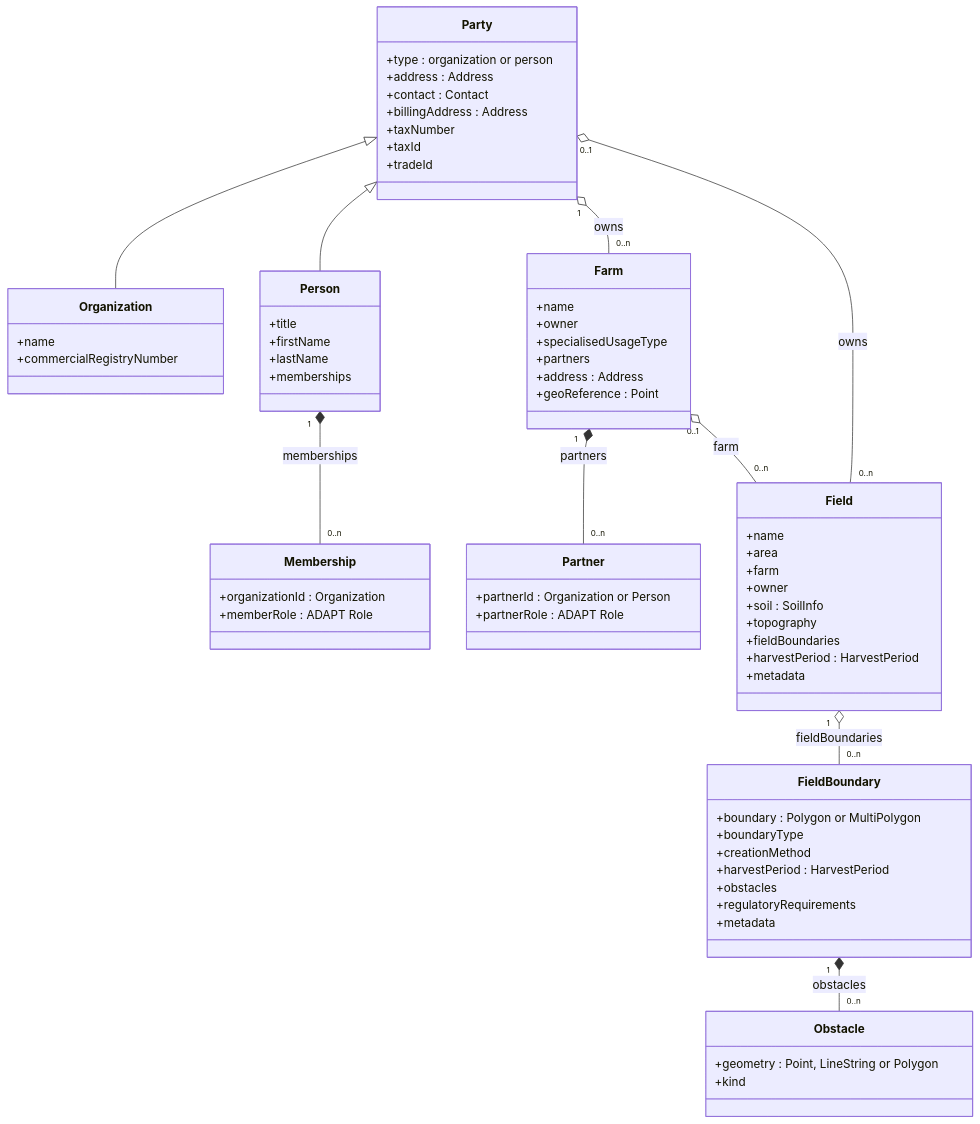
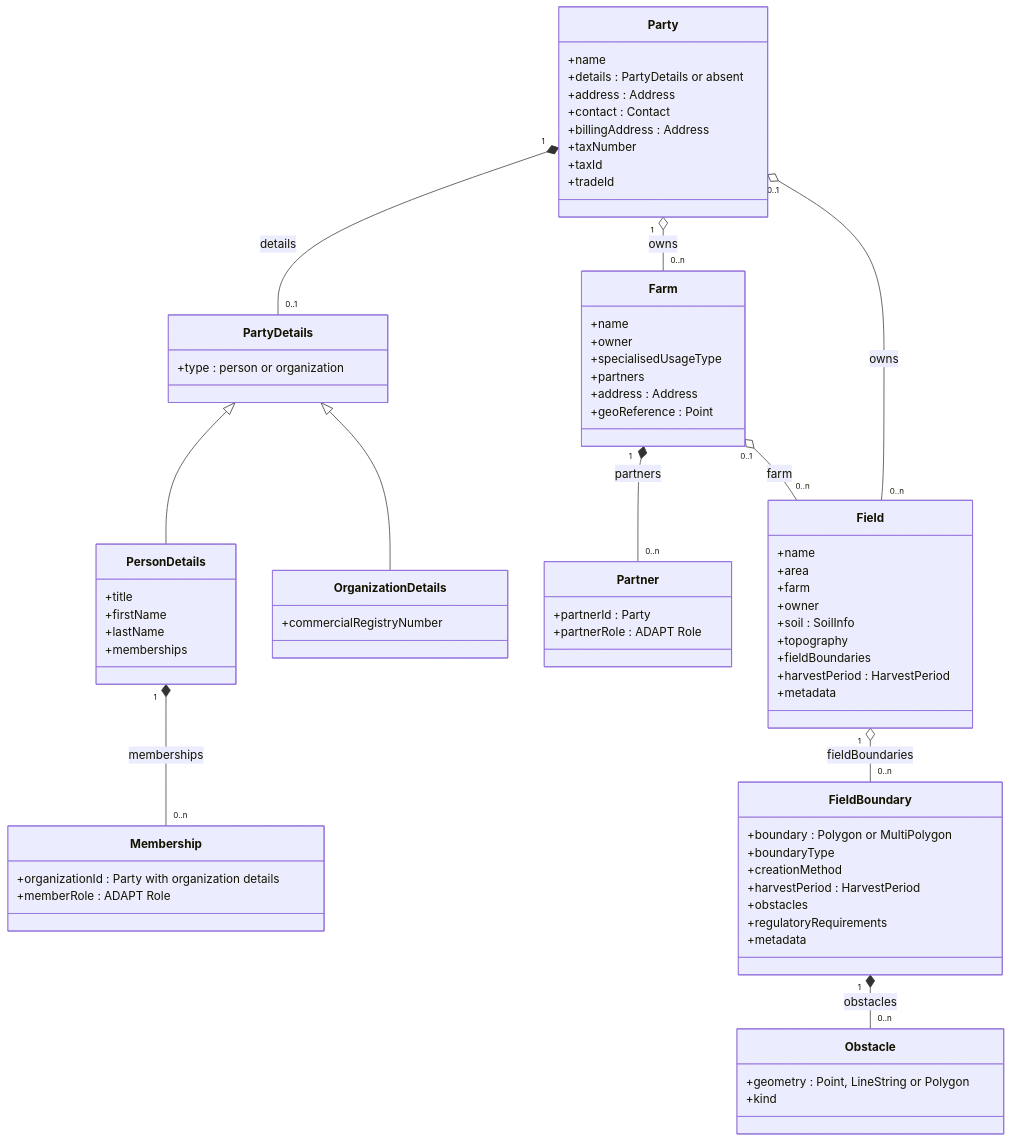
Before and after one commit to DKE-Data/masterdata-sync-working-group: the first of 2 diagrams in architecture/11-entity-model.md, drawn with Mermaid. The commit also changed other lines of this file and 8 other files, not shown here.

Commit message:
spec: conflate person and organization into party entity

````diff
--- a/architecture/11-entity-model.md
+++ b/architecture/11-entity-model.md
@@ -40,72 +40,76 @@
 ```mermaid
 classDiagram
     direction TB
     class Party {
-        +type : organization or person
+        +name
+        +details : PartyDetails or absent
         +address : Address
         +contact : Contact
         +billingAddress : Address
         +taxNumber
         +taxId
         +tradeId
     }
-    class Organization {
-        +name
-        +commercialRegistryNumber
+    class PartyDetails {
+        +type : person or organization
     }
-    class Person {
+    class PersonDetails {
         +title
         +firstName
         +lastName
         +memberships
     }
+    class OrganizationDetails {
+        +commercialRegistryNumber
+    }
     class Membership {
-        +organizationId : Organization
+        +organizationId : Party with organization details
         +memberRole : ADAPT Role
     }
     class Farm {
         +name
         +owner
         +specialisedUsageType
         +partners
         +address : Address
         +geoReference : Point
     }
     class Partner {
-        +partnerId : Organization or Person
+        +partnerId : Party
         +partnerRole : ADAPT Role
     }
     class Field {
         +name
         +area
         +farm
         +owner
         +soil : SoilInfo
         +topography
         +fieldBoundaries
         +harvestPeriod : HarvestPeriod
         +metadata
     }
     class FieldBoundary {
         +boundary : Polygon or MultiPolygon
         +boundaryType
         +creationMethod
         +harvestPeriod : HarvestPeriod
         +obstacles
         +regulatoryRequirements
         +metadata
     }
     class Obstacle {
         +geometry : Point, LineString or Polygon
         +kind
     }
-    Party <|-- Organization
-    Party <|-- Person
-    Person "1" *-- "0..n" Membership : memberships
+    Party "1" *-- "0..1" PartyDetails : details
+    PartyDetails <|-- PersonDetails
+    PartyDetails <|-- OrganizationDetails
+    PersonDetails "1" *-- "0..n" Membership : memberships
     Party "1" o-- "0..n" Farm : owns
     Farm "1" *-- "0..n" Partner : partners
     Farm "0..1" o-- "0..n" Field : farm
     Party "0..1" o-- "0..n" Field : owns
     Field "1" o-- "0..n" FieldBoundary : fieldBoundaries
     FieldBoundary "1" *-- "0..n" Obstacle : obstacles
 ```
````
